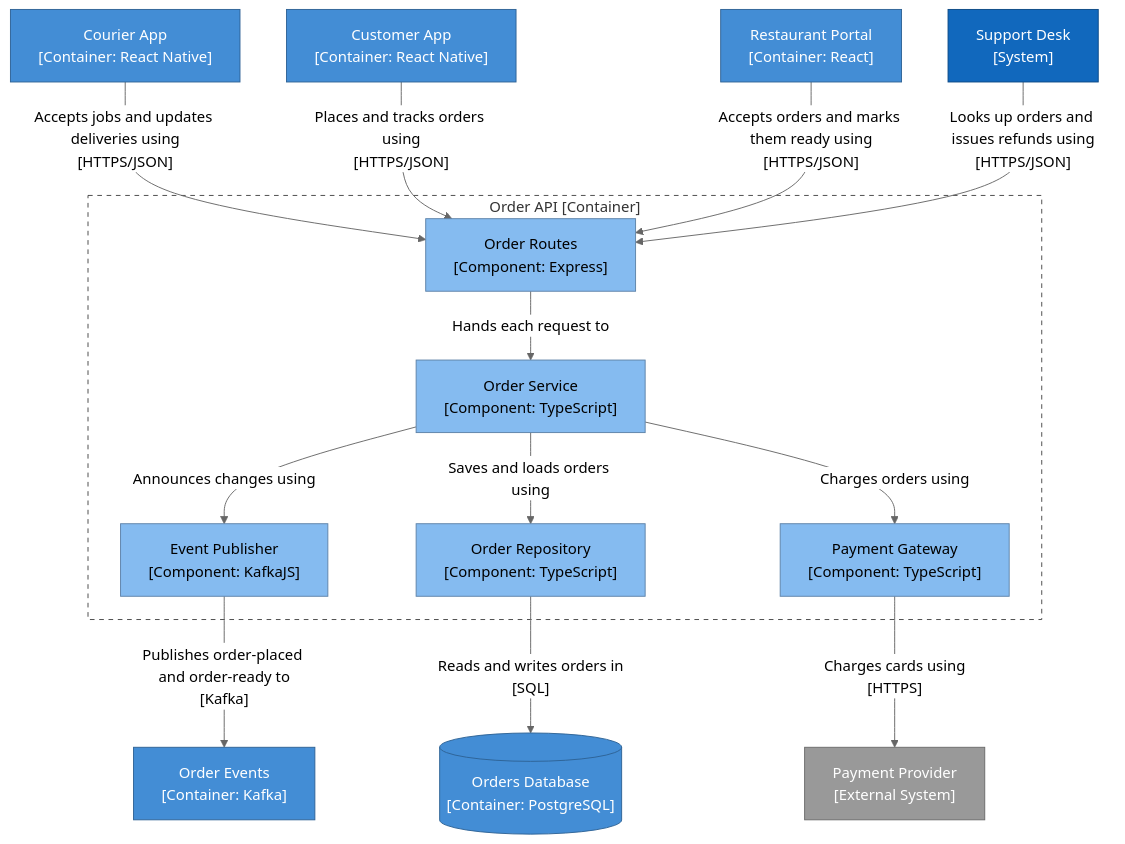
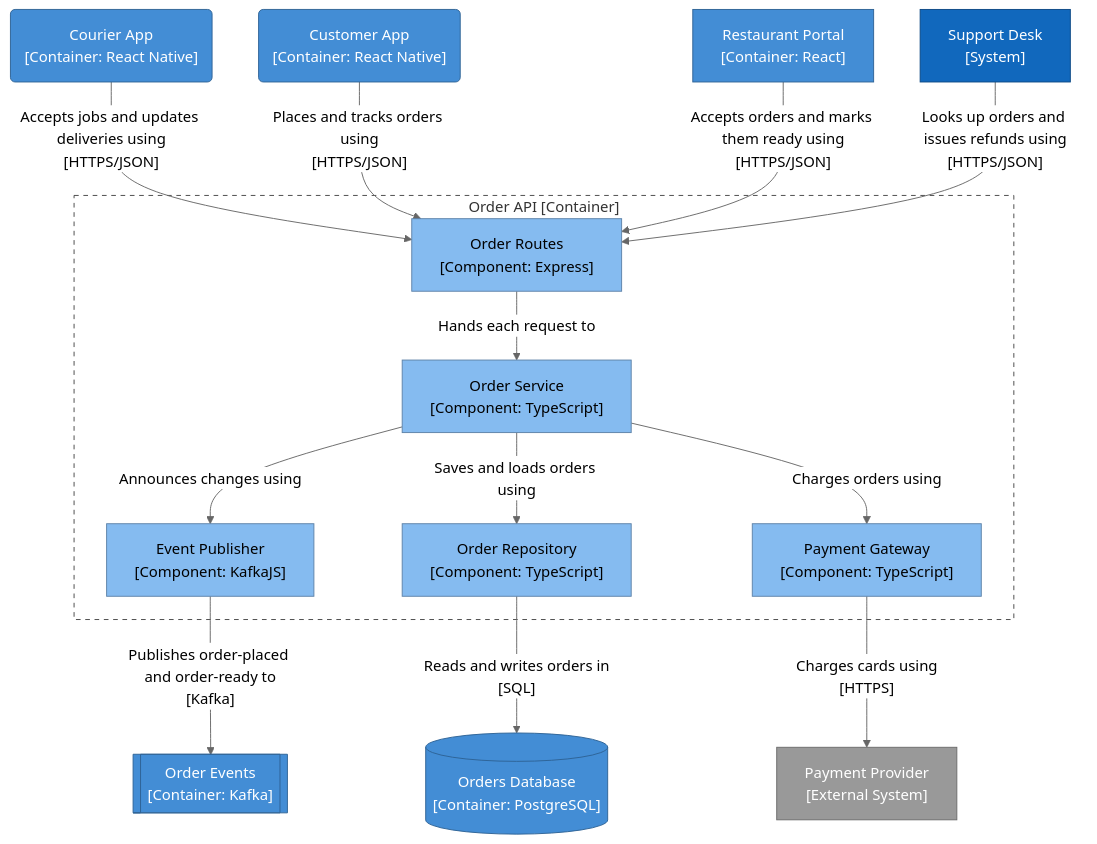
Before and after one commit to danyo1399/open-arch: the diagram in examples/food-delivery/docs/views/order-api-components.md, drawn with Mermaid (neutral theme). The commit also changed 38 other files, not shown here.

````diff
--- a/examples/food-delivery/docs/views/order-api-components.md
+++ b/examples/food-delivery/docs/views/order-api-components.md
@@ -9,38 +9,38 @@
 ```mermaid
 flowchart TB
   subgraph order_api_boundary["Order API [Container]"]
     event_publisher["Event Publisher<br/>[Component: KafkaJS]"]
     order_repository["Order Repository<br/>[Component: TypeScript]"]
     order_routes["Order Routes<br/>[Component: Express]"]
     order_service["Order Service<br/>[Component: TypeScript]"]
     payment_gateway["Payment Gateway<br/>[Component: TypeScript]"]
   end
   payment_provider["Payment Provider<br/>[External System]"]
   support_desk["Support Desk<br/>[System]"]
-  courier_app["Courier App<br/>[Container: React Native]"]
-  customer_app["Customer App<br/>[Container: React Native]"]
-  order_events["Order Events<br/>[Container: Kafka]"]
+  courier_app("Courier App<br/>[Container: React Native]")
+  customer_app("Customer App<br/>[Container: React Native]")
+  order_events[["Order Events<br/>[Container: Kafka]"]]
   orders_db[("Orders Database<br/>[Container: PostgreSQL]")]
   restaurant_portal["Restaurant Portal<br/>[Container: React]"]
   courier_app -->|"Accepts jobs and updates deliveries using<br/>[HTTPS/JSON]"| order_routes
   customer_app -->|"Places and tracks orders using<br/>[HTTPS/JSON]"| order_routes
   event_publisher -->|"Publishes order-placed and order-ready to<br/>[Kafka]"| order_events
   order_repository -->|"Reads and writes orders in<br/>[SQL]"| orders_db
   order_routes -->|"Hands each request to"| order_service
   order_service -->|"Announces changes using"| event_publisher
   order_service -->|"Saves and loads orders using"| order_repository
   order_service -->|"Charges orders using"| payment_gateway
   payment_gateway -->|"Charges cards using<br/>[HTTPS]"| payment_provider
   restaurant_portal -->|"Accepts orders and marks them ready using<br/>[HTTPS/JSON]"| order_routes
   support_desk -->|"Looks up orders and issues refunds using<br/>[HTTPS/JSON]"| order_routes
   classDef person fill:#08427b,stroke:#052e56,color:#ffffff
   classDef system fill:#1168bd,stroke:#0b4884,color:#ffffff
   classDef container fill:#438dd5,stroke:#2e6295,color:#ffffff
   classDef component fill:#85bbf0,stroke:#5d82a8,color:#000000
   classDef external fill:#999999,stroke:#6b6b6b,color:#ffffff
   class payment_provider external
   class support_desk system
   class courier_app,customer_app,order_events,orders_db,restaurant_portal container
   class event_publisher,order_repository,order_routes,order_service,payment_gateway component
   style order_api_boundary fill:none,stroke:#444444,stroke-dasharray:5 5
 ```
````
